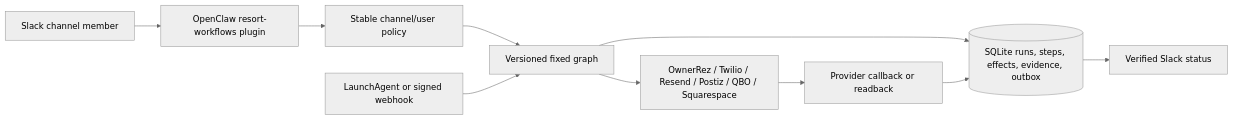
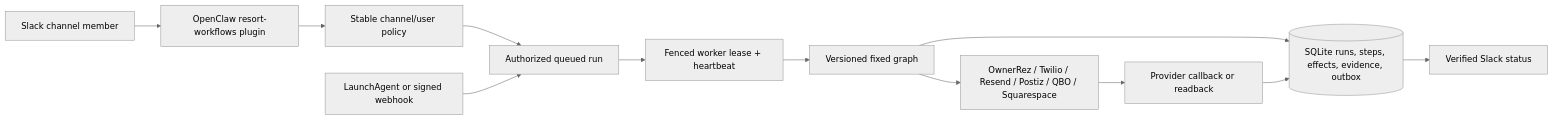
Before and after one commit to lapuestadelsolresort/SocialSol: the diagram in workflow/README.md, drawn with Mermaid (neutral theme). The commit also changed other lines of this file and 51 other files, not shown here.

````diff
--- a/workflow/README.md
+++ b/workflow/README.md
@@ -7,12 +7,14 @@
 ```mermaid
 flowchart LR
   S["Slack channel member"] --> O["OpenClaw resort-workflows plugin"]
   O --> P["Stable channel/user policy"]
-  P --> G["Versioned fixed graph"]
-  T["LaunchAgent or signed webhook"] --> G
+  P --> Q["Authorized queued run"]
+  T["LaunchAgent or signed webhook"] --> Q
+  Q --> W["Fenced worker lease + heartbeat"]
+  W --> G["Versioned fixed graph"]
   G --> D[("SQLite runs, steps, effects, evidence, outbox")]
   G --> X["OwnerRez / Twilio / Resend / Postiz / QBO / Squarespace"]
   X --> R["Provider callback or readback"]
   R --> D
   D --> N["Verified Slack status"]
 ```
````
